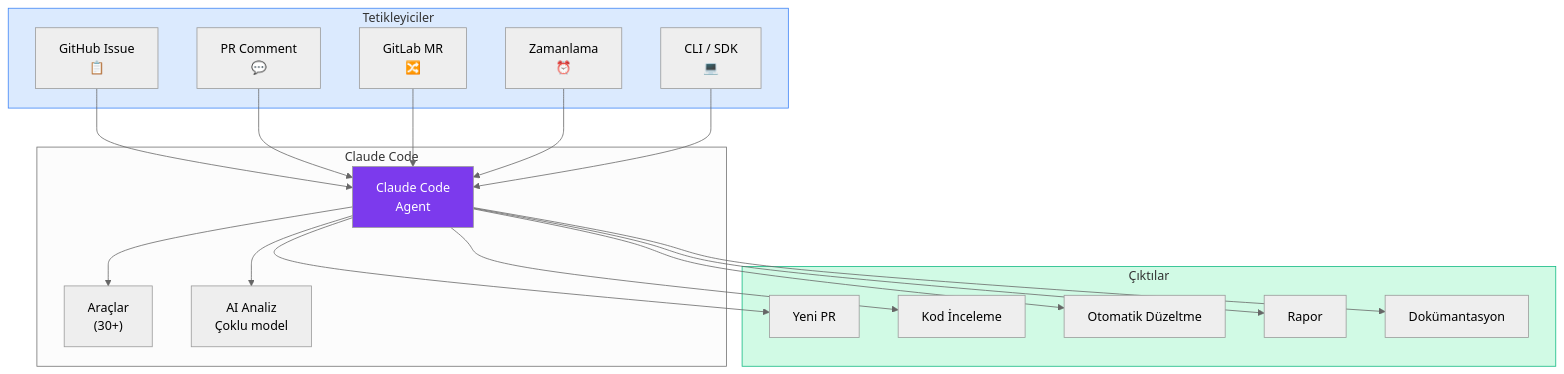
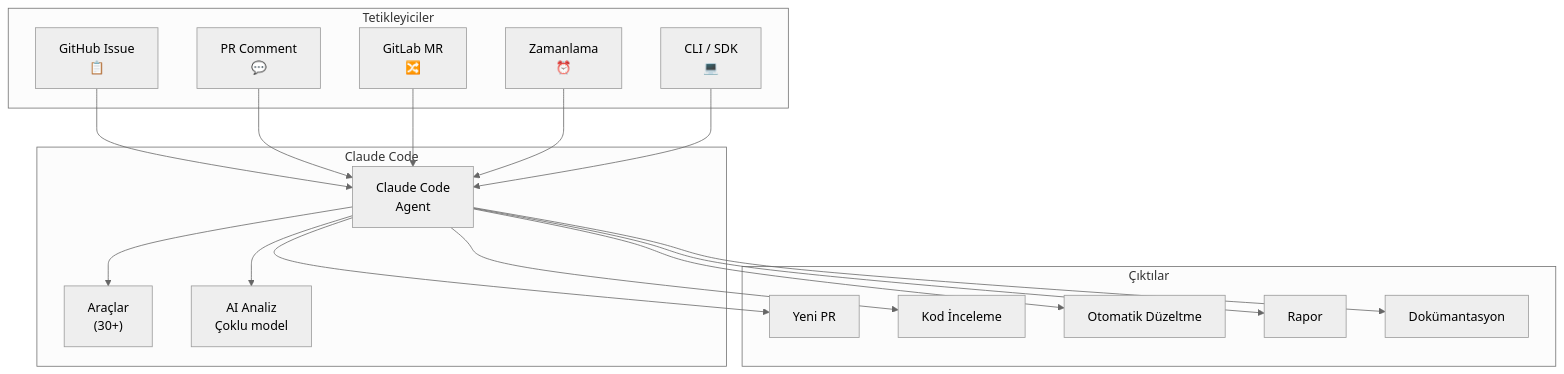
The second of 2 diagrams in 16-cicd-ve-devops/README.md (IzzetYasinAtes/ClaudeCodeHandbook), drawn with Mermaid (neutral theme) before and after one commit. The commit also changed 97 other files, not shown here.

Commit message:
Remove all custom Mermaid style/fill colors from 98 markdown files for consistent dark theme rendering

````diff
--- a/16-cicd-ve-devops/README.md
+++ b/16-cicd-ve-devops/README.md
@@ -27,43 +27,40 @@
 ```mermaid
 flowchart TB
     subgraph triggers ["Tetikleyiciler"]
         ISS["GitHub Issue<br/>📋"]
         PR_C["PR Comment<br/>💬"]
         MR["GitLab MR<br/>🔀"]
         SCHED["Zamanlama<br/>⏰"]
         CLI_T["CLI / SDK<br/>💻"]
     end
 
     subgraph claude ["Claude Code"]
         CC["Claude Code<br/>Agent"]
         TOOLS["Araçlar<br/>(30+)"]
         AI["AI Analiz<br/>Çoklu model"]
     end
 
     subgraph outputs ["Çıktılar"]
         NEW_PR["Yeni PR"]
         REVIEW["Kod İnceleme"]
         FIX["Otomatik Düzeltme"]
         REPORT["Rapor"]
         DOCS["Dokümantasyon"]
     end
 
     ISS --> CC
     PR_C --> CC
     MR --> CC
     SCHED --> CC
     CLI_T --> CC
 
     CC --> TOOLS
     CC --> AI
 
     CC --> NEW_PR
     CC --> REVIEW
     CC --> FIX
     CC --> REPORT
     CC --> DOCS
 
-    style CC fill:#7C3AED,color:#fff
-    style triggers fill:#DBEAFE,stroke:#3B82F6
-    style outputs fill:#D1FAE5,stroke:#10B981
 ```
````
